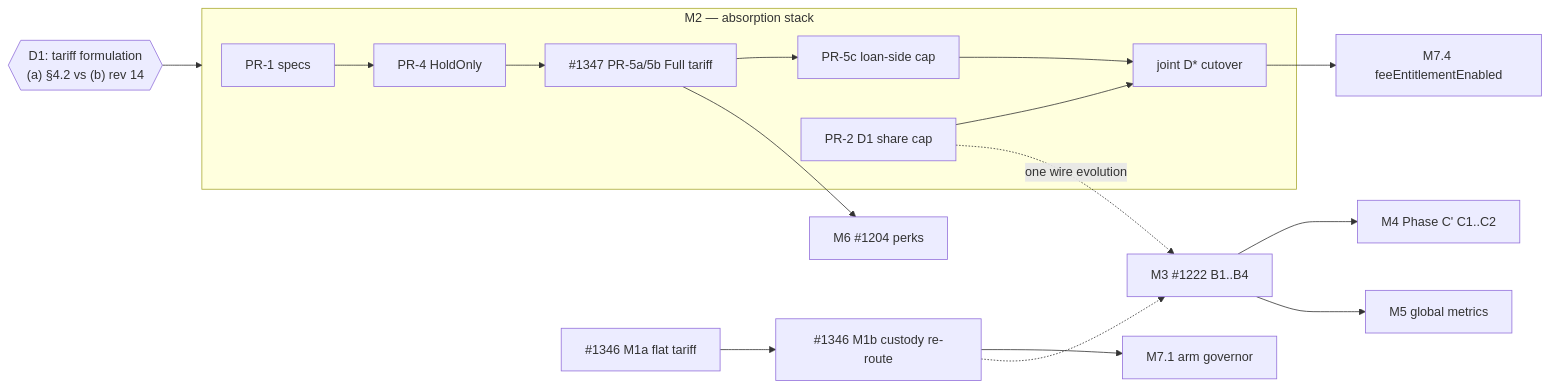
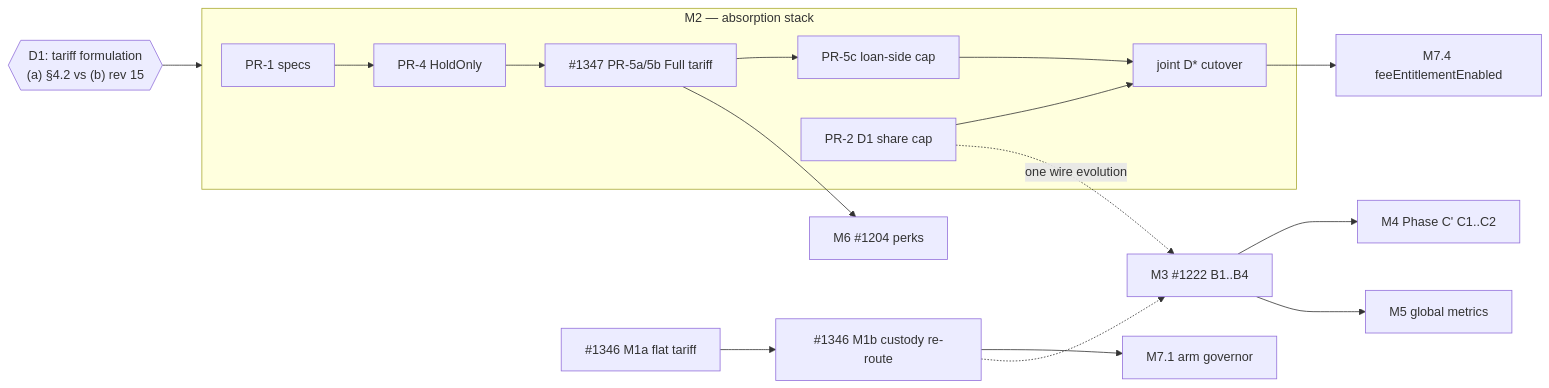
One commit to vaipakam/vaipakam changed the diagram in docs/DesignsAndPlans/VpfiRecyclingCompletionPlan.md. Above: the diagram before and after it, drawn with Mermaid. The commit also changed other lines of this file, not shown here.

````diff
--- a/docs/DesignsAndPlans/VpfiRecyclingCompletionPlan.md
+++ b/docs/DesignsAndPlans/VpfiRecyclingCompletionPlan.md
@@ -222,19 +236,19 @@
 ```mermaid
 flowchart LR
-  D1{{"D1: tariff formulation<br/>(a) §4.2 vs (b) rev 14"}} --> M2
+  D1{{"D1: tariff formulation<br/>(a) §4.2 vs (b) rev 15"}} --> M2
   M1a[#1346 M1a flat tariff] --> M1b[#1346 M1b custody re-route]
   M1b --> ARM[M7.1 arm governor]
   subgraph M2 [M2 — absorption stack]
     PR1[PR-1 specs] --> PR4[PR-4 HoldOnly]
     PR4 --> PR5[#1347 PR-5a/5b Full tariff]
     PR5 --> PR5c[PR-5c loan-side cap]
     PR2[PR-2 D1 share cap] --> DSTAR[joint D* cutover]
     PR5c --> DSTAR
   end
   DSTAR --> FEE[M7.4 feeEntitlementEnabled]
   PR2 -. one wire evolution .-> M3[M3 #1222 B1..B4]
   M1b -.-> M3
   M3 --> M4[M4 Phase C' C1..C2]
   M3 --> M5g[M5 global metrics]
   PR5 --> E2[M6 #1204 perks]
 ```
````
